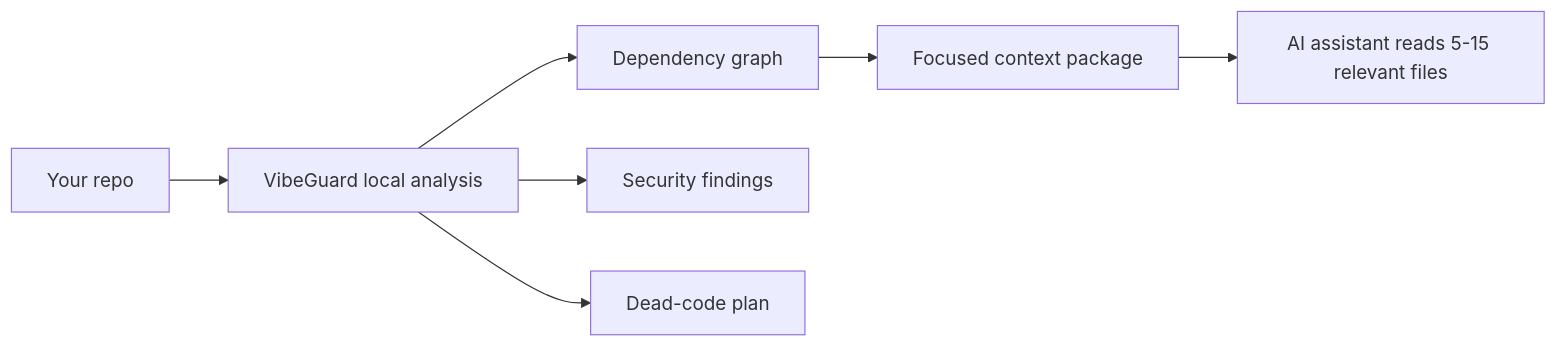
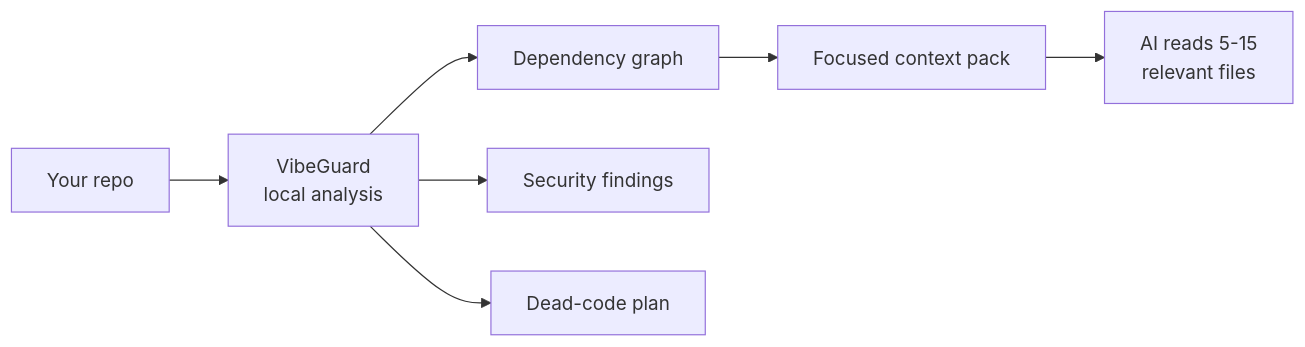
The diagram in README.md (Faizan-8792/VIBEGUARD-), drawn with Mermaid before and after one commit. The commit also changed other lines of this file and 26 other files, not shown here.

````diff
--- a/README.md
+++ b/README.md
@@ -24,9 +36,9 @@
 ```mermaid
 flowchart LR
-  A[Your repo] --> B[VibeGuard local analysis]
+  A[Your repo] --> B[VibeGuard<br/>local analysis]
   B --> C[Dependency graph]
   B --> D[Security findings]
   B --> E[Dead-code plan]
-  C --> F[Focused context package]
-  F --> G[AI assistant reads 5-15 relevant files]
+  C --> F[Focused context pack]
+  F --> G[AI reads 5-15<br/>relevant files]
 ```
````
